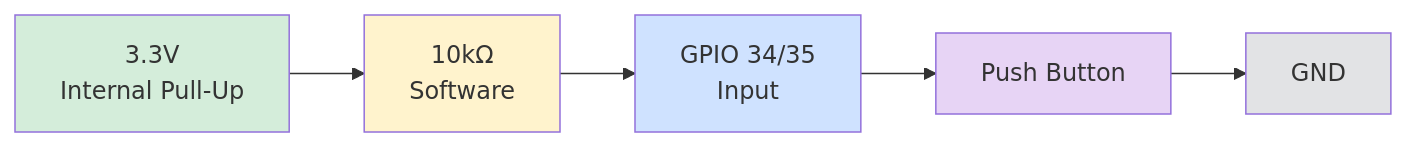
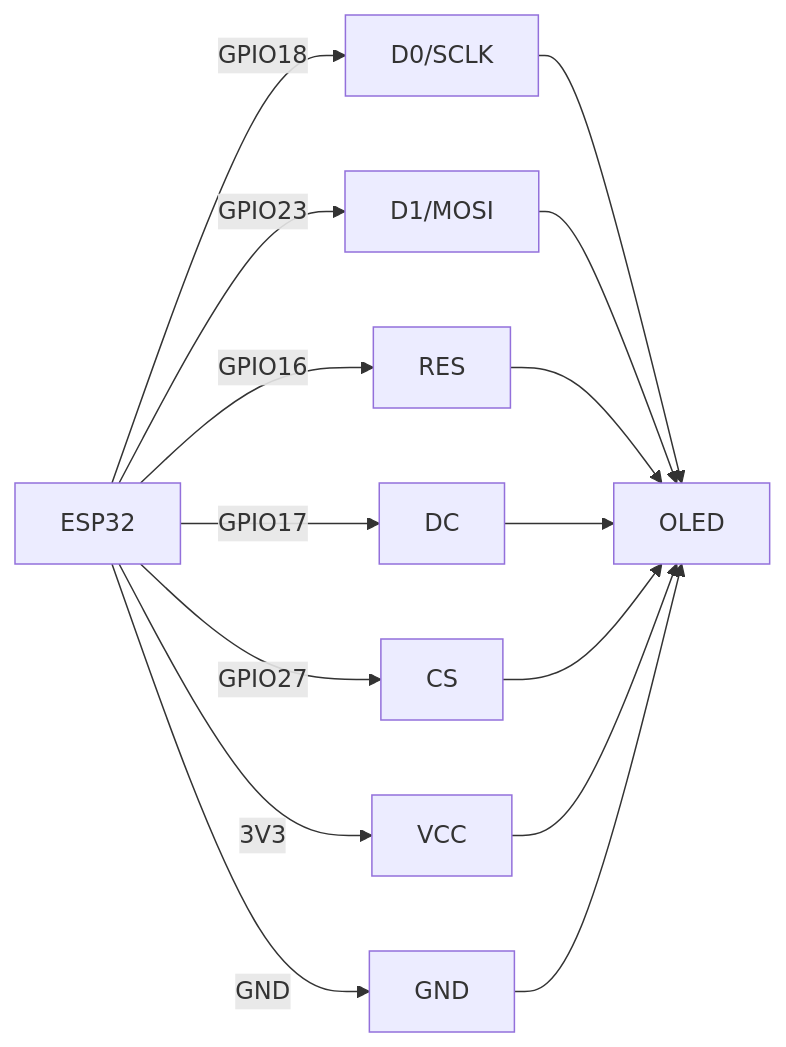
One commit to julian-labuschagne/bio-bubbler changed the second of 4 diagrams in CIRCUIT_DIAGRAMS.md. Above: the diagram before and after it, drawn with Mermaid. The commit also changed other lines of this file and 5 other files, not shown here.

````diff
--- a/CIRCUIT_DIAGRAMS.md
+++ b/CIRCUIT_DIAGRAMS.md
@@ -102,17 +44,21 @@
 ```mermaid
 graph LR
-    VCC["3.3V<br/>Internal Pull-Up"]
-    RES["10kΩ<br/>Software"]
-    GPIO["GPIO 34/35<br/>Input"]
-    SWITCH["Push Button"]
-    GND["GND"]
-    
-    VCC --> RES --> GPIO
-    GPIO --> SWITCH --> GND
-    
-    style VCC fill:#d4edda
-    style RES fill:#fff3cd
-    style GPIO fill:#cfe2ff
-    style SWITCH fill:#e7d4f5
-    style GND fill:#e2e3e5
+    ESP["ESP32"]
+    OLED["OLED"]
+
+    ESP -->|GPIO18| D0["D0/SCLK"]
+    ESP -->|GPIO23| D1["D1/MOSI"]
+    ESP -->|GPIO16| RES["RES"]
+    ESP -->|GPIO17| DC["DC"]
+    ESP -->|GPIO27| CS["CS"]
+    ESP -->|3V3| VCC["VCC"]
+    ESP -->|GND| GND["GND"]
+
+    D0 --> OLED
+    D1 --> OLED
+    RES --> OLED
+    DC --> OLED
+    CS --> OLED
+    VCC --> OLED
+    GND --> OLED
 ```
````
